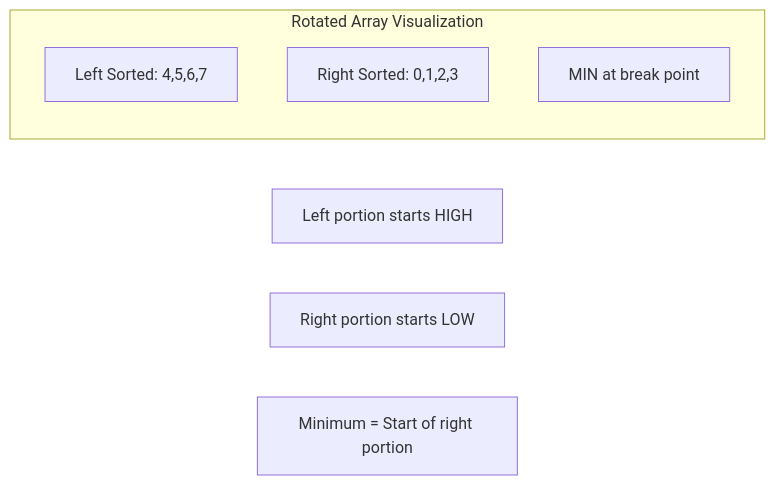
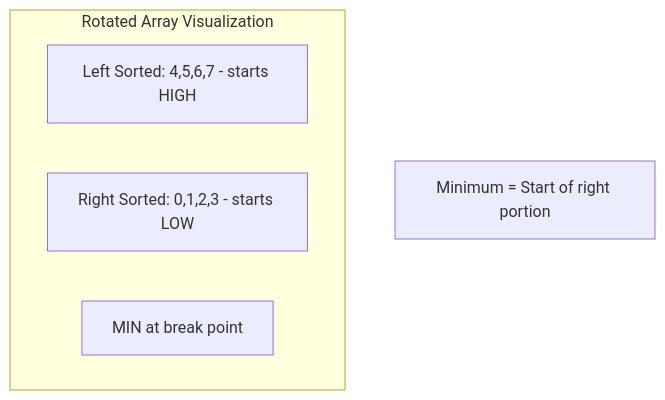
The ninth of 19 diagrams in dsa/Advanced/04-Binary search/02-logic-building/02-logic-building.md (pentoshi007/tuf), drawn with Mermaid before and after one commit. The commit also changed other lines of this file and 1 other file, not shown here.

First line of the commit message:
Fix Mermaid diagram syntax for GitHub compatibility

````diff
--- a/dsa/Advanced/04-Binary search/02-logic-building/02-logic-building.md
+++ b/dsa/Advanced/04-Binary search/02-logic-building/02-logic-building.md
@@ -357,13 +357,10 @@
 ```mermaid
-flowchart LR
+flowchart TB
     subgraph Graph["Rotated Array Visualization"]
-        direction TB
-        L["Left Sorted: 4,5,6,7"]
-        R["Right Sorted: 0,1,2,3"]
+        L["Left Sorted: 4,5,6,7 - starts HIGH"]
+        R["Right Sorted: 0,1,2,3 - starts LOW"]
         M["MIN at break point"]
     end
     
-    note1["Left portion starts HIGH"]
-    note2["Right portion starts LOW"]
-    note3["Minimum = Start of right portion"]
+    Note["Minimum = Start of right portion"]
 ```
````
